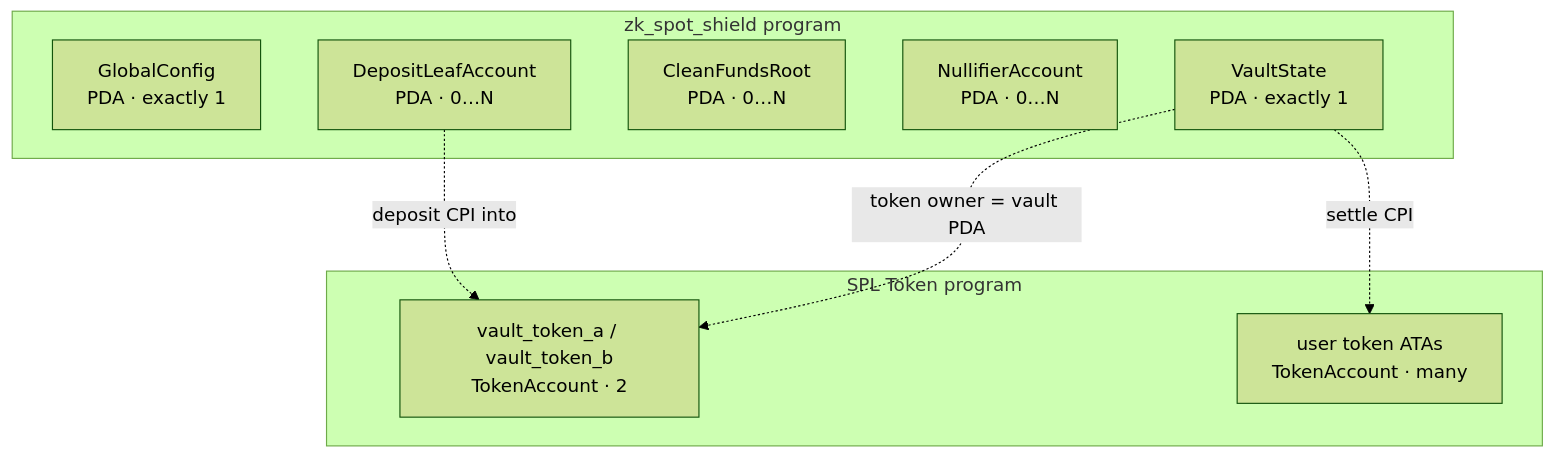
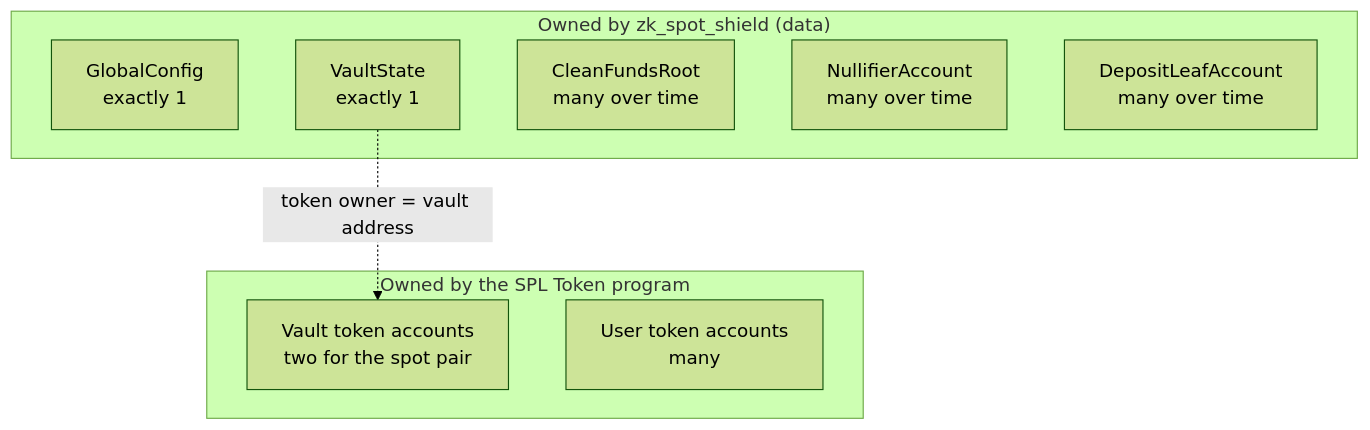
The second of 8 diagrams in docs/accounts-deep-dive.md (pprogrammingg/zk-spot-shield), drawn with Mermaid (forest theme) before and after one commit. The commit also changed other lines of this file and 4 other files, not shown here.

Commit message:
docs: numbered flow + account Q&A - YES

````diff
--- a/docs/accounts-deep-dive.md
+++ b/docs/accounts-deep-dive.md
@@ -25,19 +61,17 @@
 ```mermaid
 flowchart TB
-  subgraph PROG["zk_spot_shield program"]
-    GC["GlobalConfig<br/>PDA · exactly 1"]
-    VS["VaultState<br/>PDA · exactly 1"]
-    CFR["CleanFundsRoot<br/>PDA · 0…N"]
-    NF["NullifierAccount<br/>PDA · 0…N"]
-    DL["DepositLeafAccount<br/>PDA · 0…N"]
+  subgraph OUR["Owned by zk_spot_shield (data)"]
+    GC["GlobalConfig<br/>exactly 1"]
+    VS["VaultState<br/>exactly 1"]
+    CFR["CleanFundsRoot<br/>many over time"]
+    NF["NullifierAccount<br/>many over time"]
+    DL["DepositLeafAccount<br/>many over time"]
   end
 
-  subgraph SPL["SPL Token program"]
-    VTA["vault_token_a / vault_token_b<br/>TokenAccount · 2"]
-    UT["user token ATAs<br/>TokenAccount · many"]
+  subgraph TOKEN["Owned by the SPL Token program"]
+    VTA["Vault token accounts<br/>two for the spot pair"]
+    UT["User token accounts<br/>many"]
   end
 
-  VS -.->|"token owner = vault PDA"| VTA
-  DL -.->|"deposit CPI into"| VTA
-  VS -.->|"settle CPI"| UT
+  VS -.->|"token owner = vault address"| VTA
 ```
````
